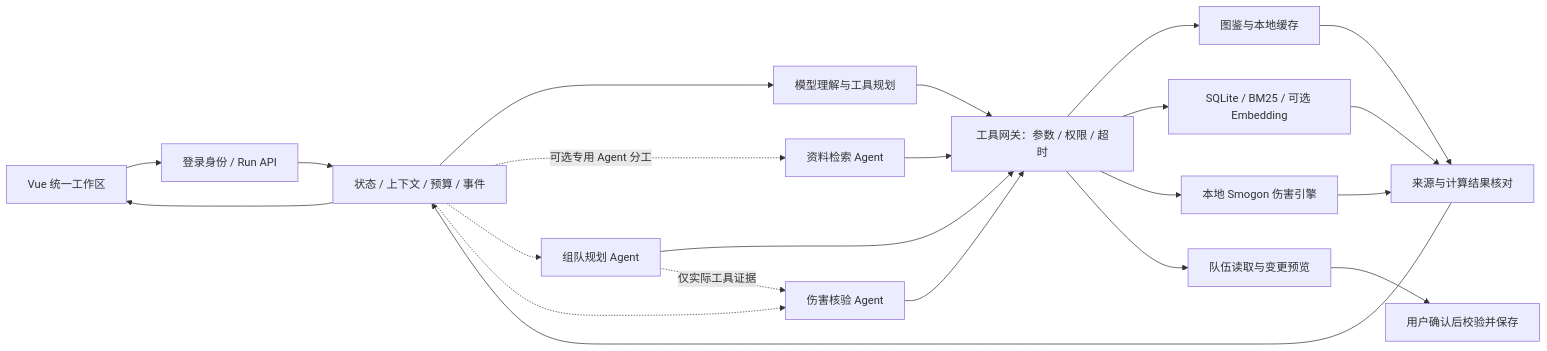
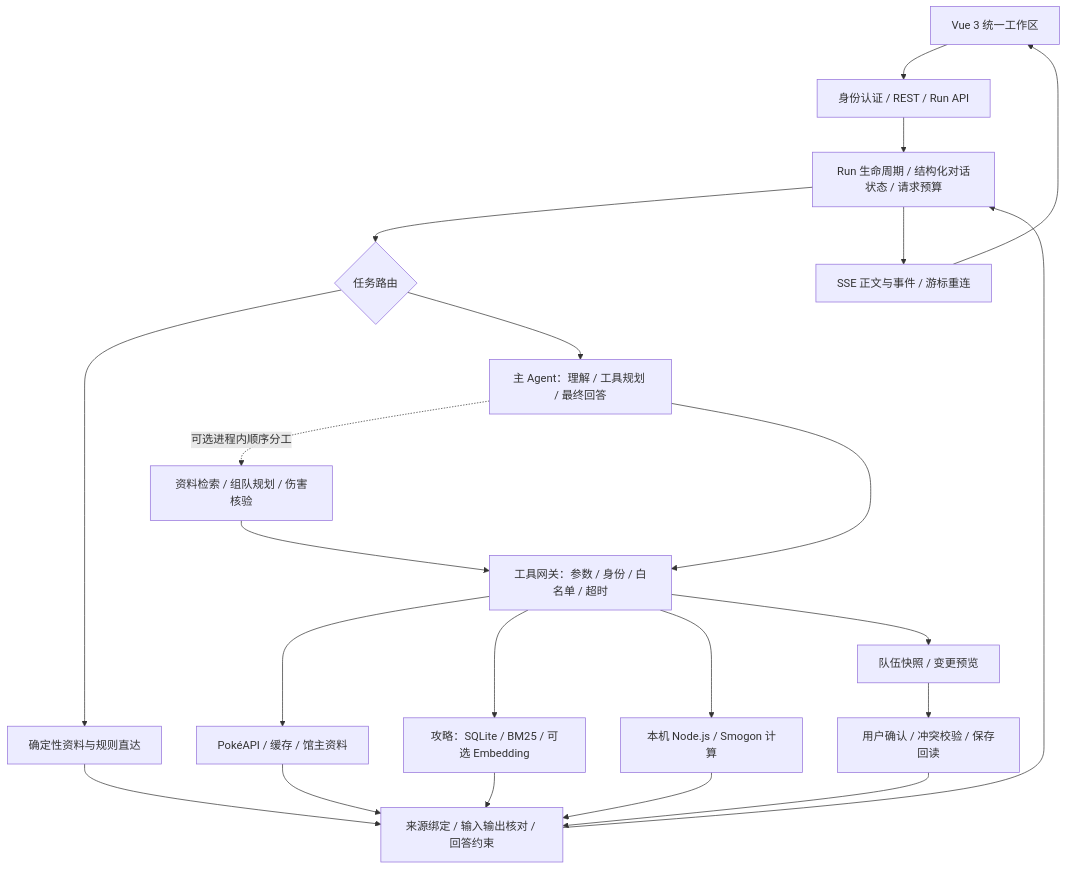
One commit to vioabio/AI-Agent changed the diagram in README.md. Above: the diagram before and after it, drawn with Mermaid. The commit also changed other lines of this file and 4 other files, not shown here.

````diff
--- a/README.md
+++ b/README.md
@@ -25,24 +49,24 @@
 ```mermaid
-flowchart LR
-    UI[Vue 统一工作区] --> API[登录身份 / Run API]
-    API --> RUN[状态 / 上下文 / 预算 / 事件]
-    RUN --> MODEL[模型理解与工具规划]
-    MODEL --> GW[工具网关：参数 / 权限 / 超时]
-    GW --> DATA[图鉴与本地缓存]
-    RUN -. 可选专用 Agent 分工 .-> RESEARCH[资料检索 Agent]
-    RUN -.-> PLANNER[组队规划 Agent]
-    RUN -.-> DAMAGE[伤害核验 Agent]
-    RESEARCH --> GW
-    PLANNER --> GW
-    PLANNER -. 仅实际工具证据 .-> DAMAGE
-    DAMAGE --> GW
-    GW --> RAG[SQLite / BM25 / 可选 Embedding]
-    GW --> CALC[本地 Smogon 伤害引擎]
-    GW --> TEAM[队伍读取与变更预览]
-    TEAM --> CONFIRM[用户确认后校验并保存]
-    DATA --> CHECK[来源与计算结果核对]
-    RAG --> CHECK
-    CALC --> CHECK
-    CHECK --> RUN
-    RUN --> UI
+flowchart TD
+    UI[Vue 3 统一工作区] --> API[身份认证 / REST / Run API]
+    API --> RUN[Run 生命周期 / 结构化对话状态 / 请求预算]
+    RUN --> ROUTE{任务路由}
+    ROUTE --> DIRECT[确定性资料与规则直达]
+    ROUTE --> MAIN[主 Agent：理解 / 工具规划 / 最终回答]
+    MAIN -. 可选进程内顺序分工 .-> SPECIAL[资料检索 / 组队规划 / 伤害核验]
+    MAIN --> GW[工具网关：参数 / 身份 / 白名单 / 超时]
+    SPECIAL --> GW
+    GW --> FACT[PokéAPI / 缓存 / 馆主资料]
+    GW --> RAG[攻略：SQLite / BM25 / 可选 Embedding]
+    GW --> CALC[本机 Node.js / Smogon 计算]
+    GW --> TEAM[队伍快照 / 变更预览]
+    TEAM --> HITL[用户确认 / 冲突校验 / 保存回读]
+    FACT --> EVIDENCE[来源绑定 / 输入输出核对 / 回答约束]
+    RAG --> EVIDENCE
+    CALC --> EVIDENCE
+    DIRECT --> EVIDENCE
+    HITL --> EVIDENCE
+    EVIDENCE --> RUN
+    RUN --> SSE[SSE 正文与事件 / 游标重连]
+    SSE --> UI
 ```
````
